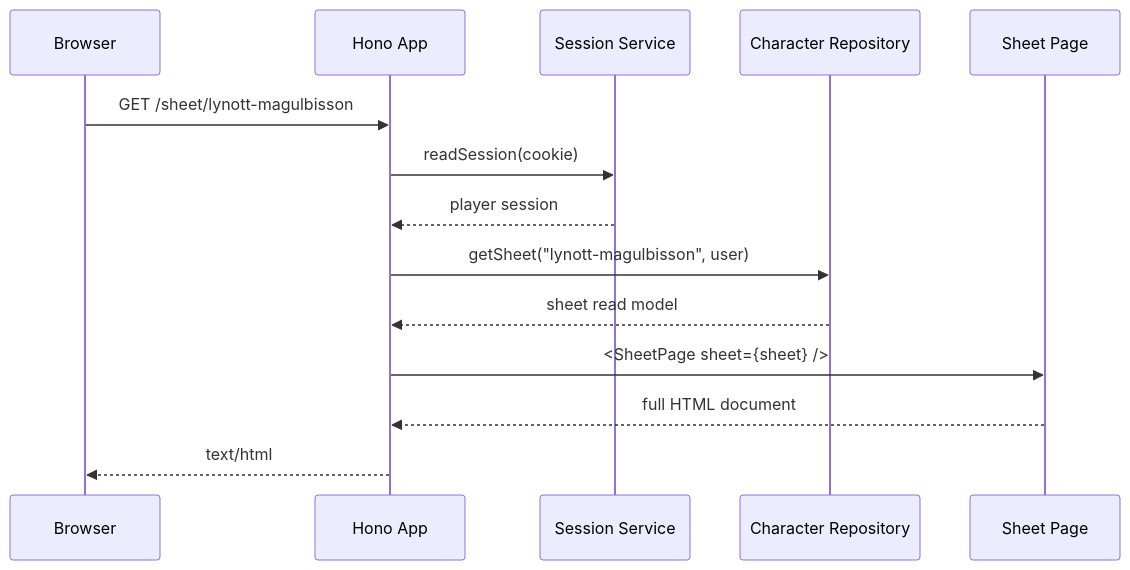
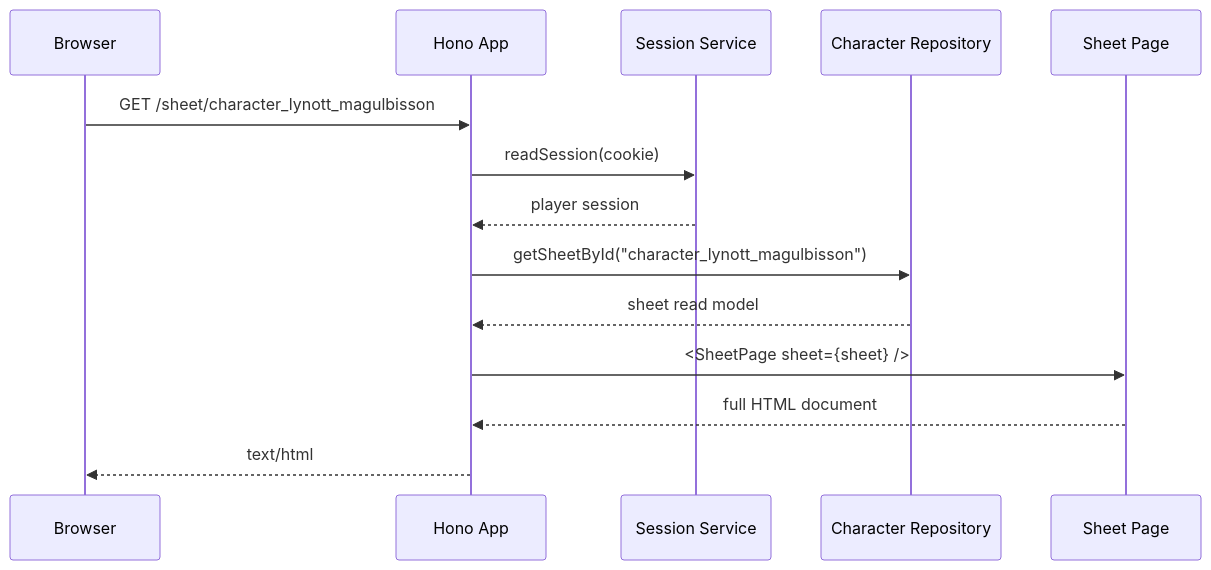
Before and after one commit to Macavitymadcap/character-sheet: the first of 5 diagrams in ARCHITECTURE.md, drawn with Mermaid. The commit also changed other lines of this file and 33 other files, not shown here.

Commit message:
feat(sheet): add app shell and sheet navigation

````diff
--- a/ARCHITECTURE.md
+++ b/ARCHITECTURE.md
@@ -67,17 +67,17 @@
 ```mermaid
 sequenceDiagram
     participant Browser
     participant App as Hono App
     participant Auth as Session Service
     participant Repo as Character Repository
     participant Page as Sheet Page
 
-    Browser->>App: GET /sheet/lynott-magulbisson
+    Browser->>App: GET /sheet/character_lynott_magulbisson
     App->>Auth: readSession(cookie)
     Auth-->>App: player session
-    App->>Repo: getSheet("lynott-magulbisson", user)
+    App->>Repo: getSheetById("character_lynott_magulbisson")
     Repo-->>App: sheet read model
     App->>Page: <SheetPage sheet={sheet} />
     Page-->>App: full HTML document
     App-->>Browser: text/html
 ```
````
